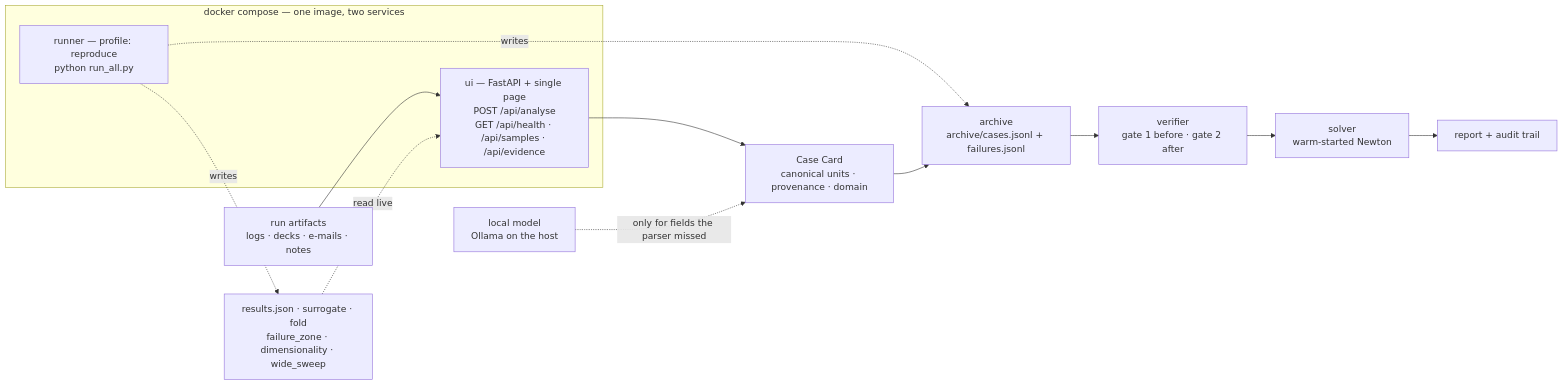
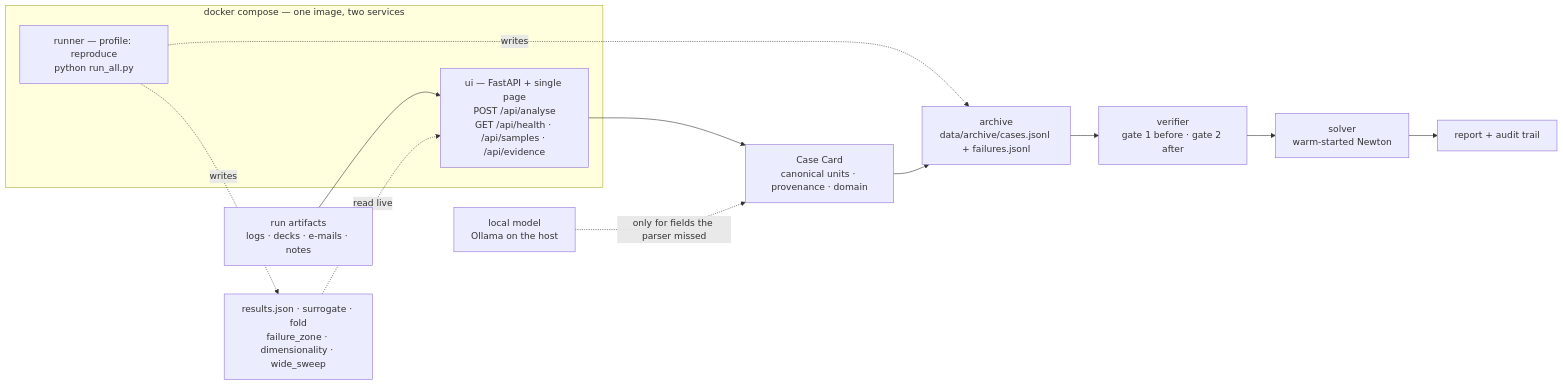
Before and after one commit to vcezar47/Siemens-DejaSolve: the diagram in docs/architecture.md, drawn with Mermaid. The commit also changed other lines of this file and 201 other files, not shown here.

````diff
--- a/docs/architecture.md
+++ b/docs/architecture.md
@@ -13,20 +13,20 @@
 ```mermaid
 flowchart LR
   subgraph host["docker compose — one image, two services"]
     ui["ui — FastAPI + single page<br/>POST /api/analyse<br/>GET /api/health · /api/samples · /api/evidence"]
     runner["runner — profile: reproduce<br/>python run_all.py"]
   end
 
   art["run artifacts<br/>logs · decks · e-mails · notes"] --> ui
   ui --> card["Case Card<br/>canonical units · provenance · domain"]
-  card --> idx["archive<br/>archive/cases.jsonl + failures.jsonl"]
+  card --> idx["archive<br/>data/archive/cases.jsonl + failures.jsonl"]
   idx --> ver["verifier<br/>gate 1 before · gate 2 after"]
   ver --> solve["solver<br/>warm-started Newton"]
   solve --> rep["report + audit trail"]
 
   runner -. "writes" .-> idx
   runner -. "writes" .-> res["results.json · surrogate · fold<br/>failure_zone · dimensionality · wide_sweep"]
   res -. "read live" .-> ui
 
   ollama["local model<br/>Ollama on the host"] -. "only for fields the parser missed" .-> card
 ```
````
